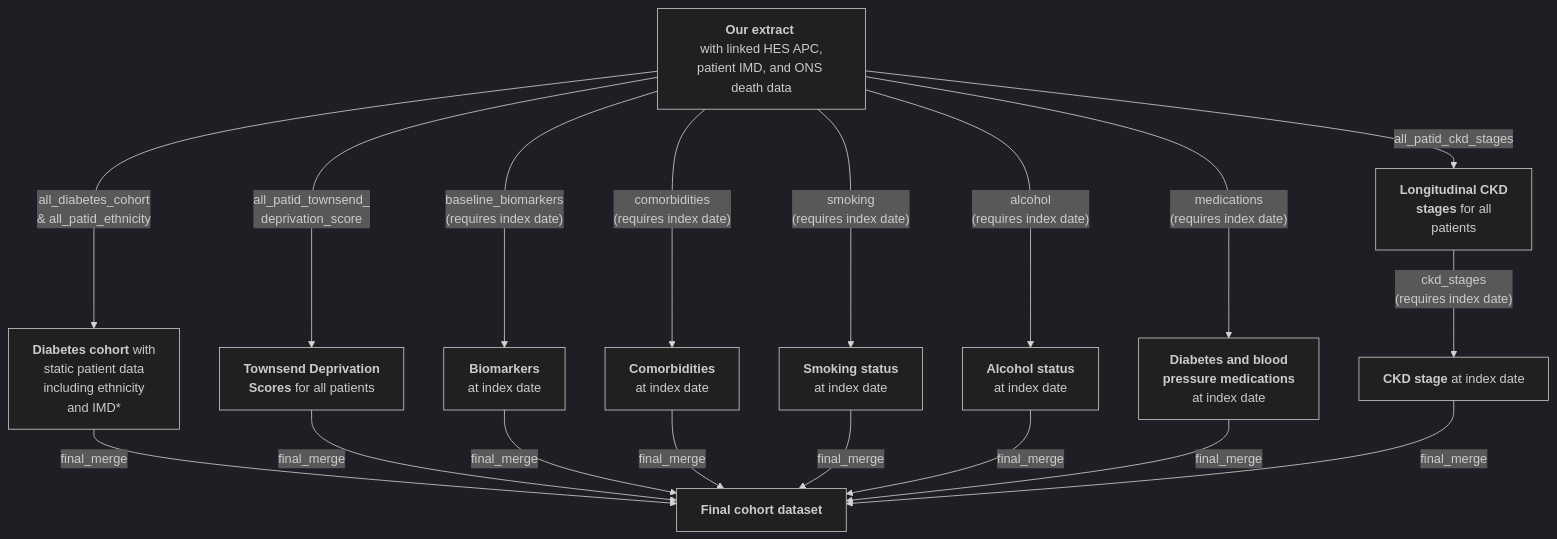
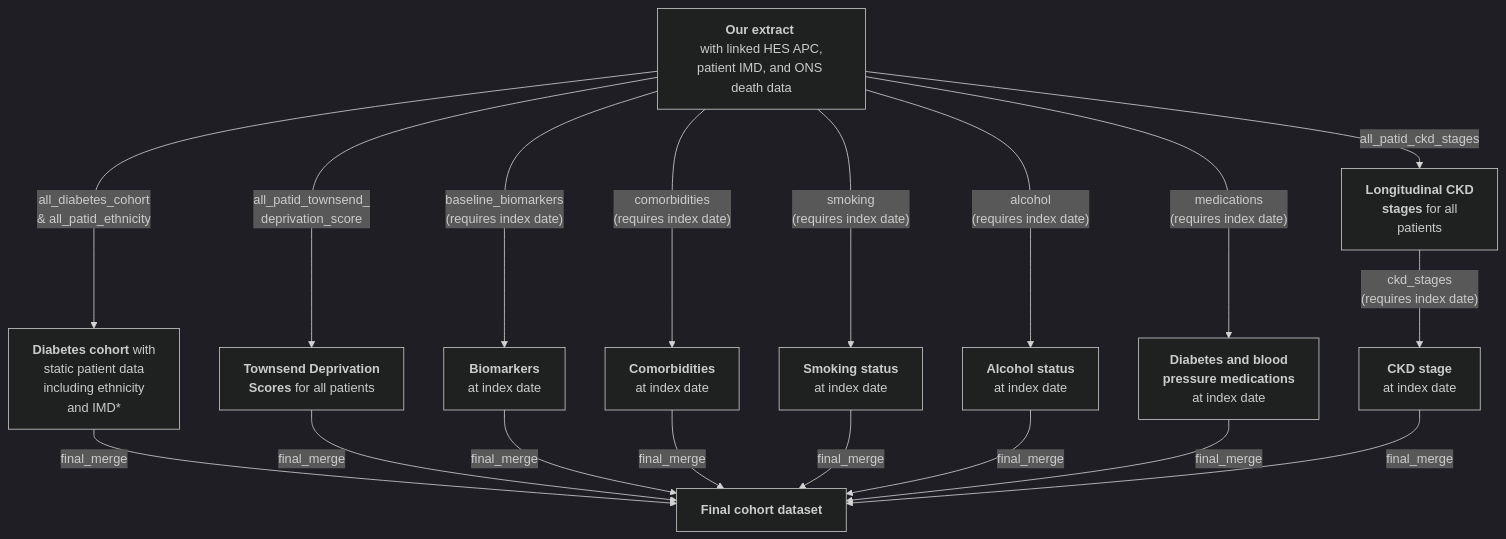
The diagram in 02-Prevalent/README.md (Exeter-Diabetes/CPRD-Cohort-scripts), drawn with Mermaid (dark theme) before and after one commit.

````diff
--- a/02-Prevalent/README.md
+++ b/02-Prevalent/README.md
@@ -11,20 +11,20 @@
 ```mermaid
 graph TD;
     A["<b>Our extract</b> <br> with linked HES APC, patient IMD, and ONS death data"] --> |"all_diabetes_cohort <br> & all_patid_ethnicity"|B["<b>Diabetes cohort</b> with <br> static patient data <br> including ethnicity <br> and IMD*"]
     A-->|"all_patid_ckd_stages"|C["<b>Longitudinal CKD <br> stages</b> for all <br> patients"]
     A-->|"all_patid_townsend_ <br> deprivation_score"|D["<b>Townsend Deprivation <br> Scores</b> for all patients"]
     A-->|"baseline_biomarkers <br> (requires index date)"|E["<b>Biomarkers</b> <br> at index date"]
     A-->|"comorbidities <br> (requires index date)"|F["<b>Comorbidities</b> <br> at index date"]
     A-->|"smoking <br> (requires index date)"|G["<b>Smoking status</b> <br> at index date"]
     A-->|"alcohol <br> (requires index date)"|H["<b>Alcohol status</b> <br> at index date"]
     A-->|"medications <br> (requires index date)"|K["<b>Diabetes and blood <br> pressure medications</b> <br> at index date"]
-    C-->|"ckd_stages <br> (requires index date)"|I["<b>CKD stage</b <br> at index date"]
+    C-->|"ckd_stages <br> (requires index date)"|I["<b>CKD stage </b> <br> at index date"]
     B-->|"final_merge"|J["<b>Final cohort dataset</b>"]
     D-->|"final_merge"|J
     E-->|"final_merge"|J
     F-->|"final_merge"|J
     G-->|"final_merge"|J
     H-->|"final_merge"|J
     K-->|"final_merge"|J
     I-->|"final_merge"|J    
 ```
````
